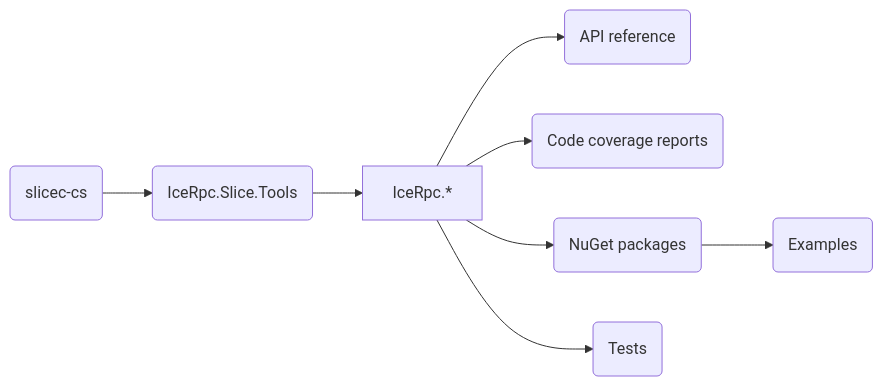
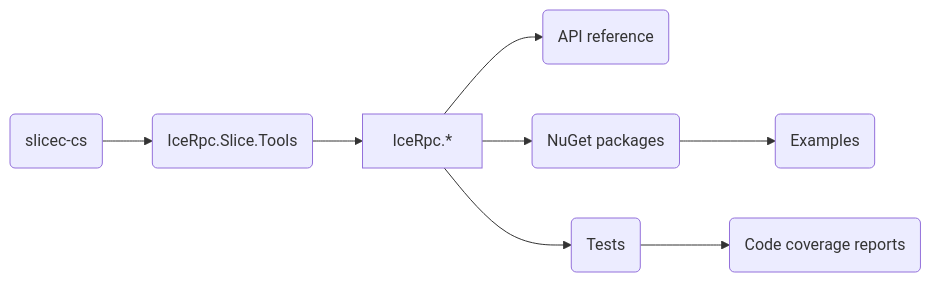
One commit to icerpc/icerpc-csharp changed the diagram in BUILDING.md. Above: the diagram before and after it, drawn with Mermaid. The commit also changed other lines of this file, not shown here.

````diff
--- a/BUILDING.md
+++ b/BUILDING.md
@@ -55,8 +57,7 @@
 ```mermaid
 flowchart LR
     compiler(slicec-cs) --> tools(IceRpc.Slice.Tools) --> IceRpc.*
     IceRpc.* --> api(API reference)
-    IceRpc.* --> cov(Code coverage reports)
     IceRpc.* --> nuget(NuGet packages) --> examples(Examples)
-    IceRpc.* --> tests(Tests)
+    IceRpc.* --> tests(Tests) --> cov(Code coverage reports)
 ```
````
